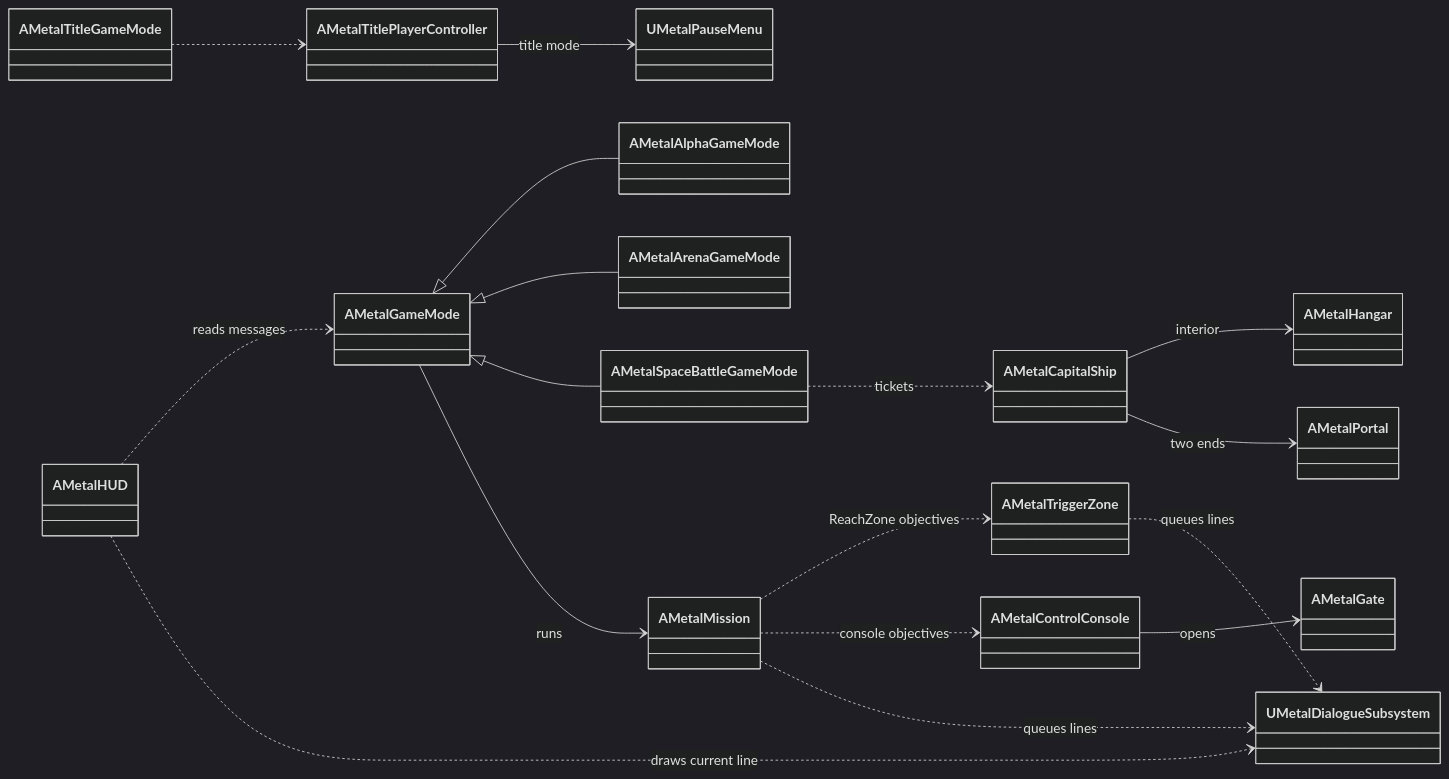
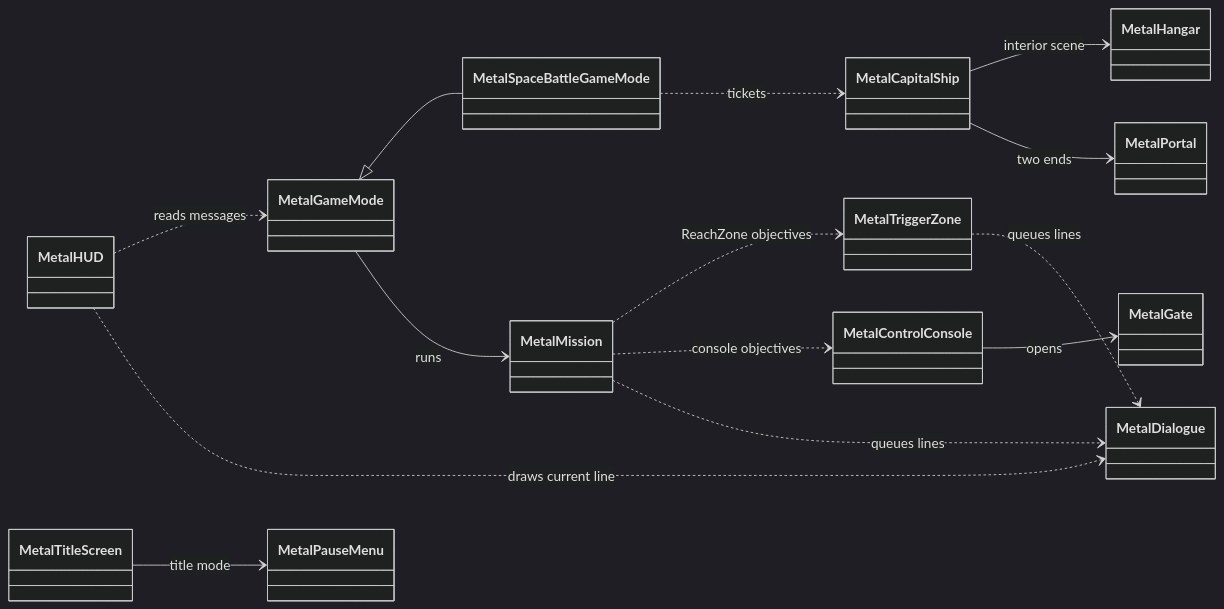
Before and after one commit to lcosti20/Metalization: the second of 2 diagrams in Docs/Architecture.md, drawn with Mermaid (dark theme). The commit also changed other lines of this file and 13 other files, not shown here.

````diff
--- a/Docs/Architecture.md
+++ b/Docs/Architecture.md
@@ -80,37 +79,31 @@
 ```mermaid
 classDiagram
     direction LR
-    class AMetalGameMode
-    class AMetalAlphaGameMode
-    class AMetalArenaGameMode
-    class AMetalSpaceBattleGameMode
-    class AMetalTitleGameMode
-    class AMetalMission
-    class AMetalTriggerZone
-    class AMetalControlConsole
-    class AMetalGate
-    class UMetalDialogueSubsystem
-    class AMetalHUD
-    class UMetalPauseMenu
-    class AMetalTitlePlayerController
-    class AMetalCapitalShip
-    class AMetalHangar
-    class AMetalPortal
+    class MetalGameMode
+    class MetalSpaceBattleGameMode
+    class MetalMission
+    class MetalTriggerZone
+    class MetalControlConsole
+    class MetalGate
+    class MetalDialogue
+    class MetalHUD
+    class MetalPauseMenu
+    class MetalTitleScreen
+    class MetalCapitalShip
+    class MetalHangar
+    class MetalPortal
 
-    AMetalGameMode <|-- AMetalAlphaGameMode
-    AMetalGameMode <|-- AMetalArenaGameMode
-    AMetalGameMode <|-- AMetalSpaceBattleGameMode
-    AMetalGameMode --> AMetalMission : runs
-    AMetalMission ..> AMetalTriggerZone : ReachZone objectives
-    AMetalMission ..> AMetalControlConsole : console objectives
-    AMetalMission ..> UMetalDialogueSubsystem : queues lines
-    AMetalTriggerZone ..> UMetalDialogueSubsystem : queues lines
-    AMetalControlConsole --> AMetalGate : opens
-    AMetalHUD ..> AMetalGameMode : reads messages
-    AMetalHUD ..> UMetalDialogueSubsystem : draws current line
-    AMetalTitleGameMode ..> AMetalTitlePlayerController
-    AMetalTitlePlayerController --> UMetalPauseMenu : title mode
-    AMetalSpaceBattleGameMode ..> AMetalCapitalShip : tickets
-    AMetalCapitalShip --> AMetalHangar : interior
-    AMetalCapitalShip --> AMetalPortal : two ends
+    MetalGameMode <|-- MetalSpaceBattleGameMode
+    MetalGameMode --> MetalMission : runs
+    MetalMission ..> MetalTriggerZone : ReachZone objectives
+    MetalMission ..> MetalControlConsole : console objectives
+    MetalMission ..> MetalDialogue : queues lines
+    MetalTriggerZone ..> MetalDialogue : queues lines
+    MetalControlConsole --> MetalGate : opens
+    MetalHUD ..> MetalGameMode : reads messages
+    MetalHUD ..> MetalDialogue : draws current line
+    MetalTitleScreen --> MetalPauseMenu : title mode
+    MetalSpaceBattleGameMode ..> MetalCapitalShip : tickets
+    MetalCapitalShip --> MetalHangar : interior scene
+    MetalCapitalShip --> MetalPortal : two ends
 ```
````
